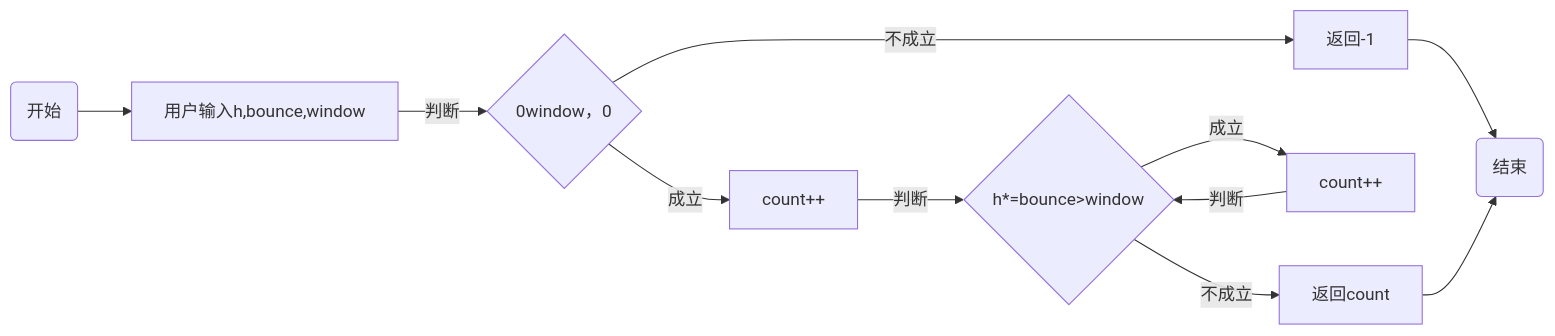
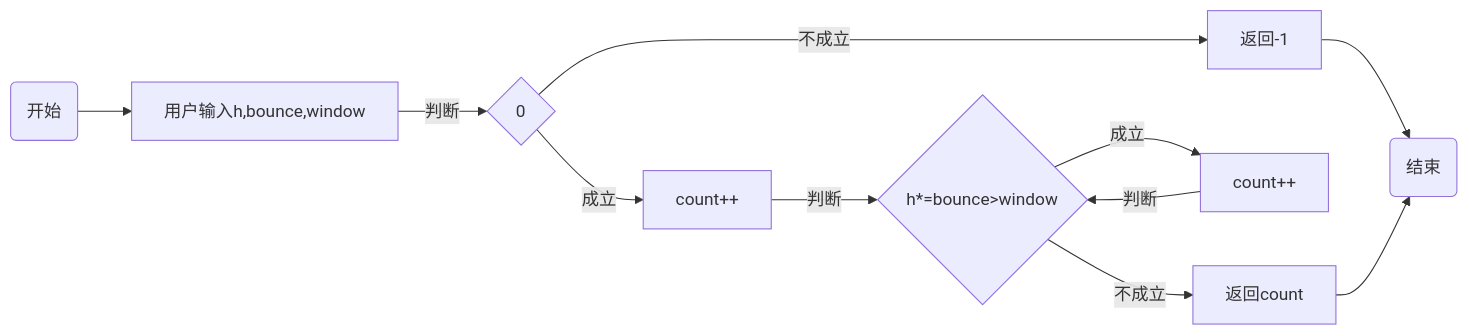
Before and after one commit to ijefie/gittt: the diagram in experiment2.md, drawn with Mermaid.

````diff
--- a/experiment2.md
+++ b/experiment2.md
@@ -82,14 +82,14 @@
 ```mermaid
 flowchart  LR
 Start(开始) --> Scanf[用户输入h,bounce,window]
-    Scanf --> |判断|If{0<h，h>window，0<bounce<1}
+    Scanf --> |判断|If{0<h}
 If --> |不成立|ou[返回-1]
 If --> |成立|ji[count++]
     ou --> End(结束)
     ji --> |判断|if{h*=bounce>window}
 if --> |成立|k[count++]
 k --> |判断|if{h*=bounce>window}
 if --> |不成立|h[返回count]
 h --> End(结束)
 
 ```
````
